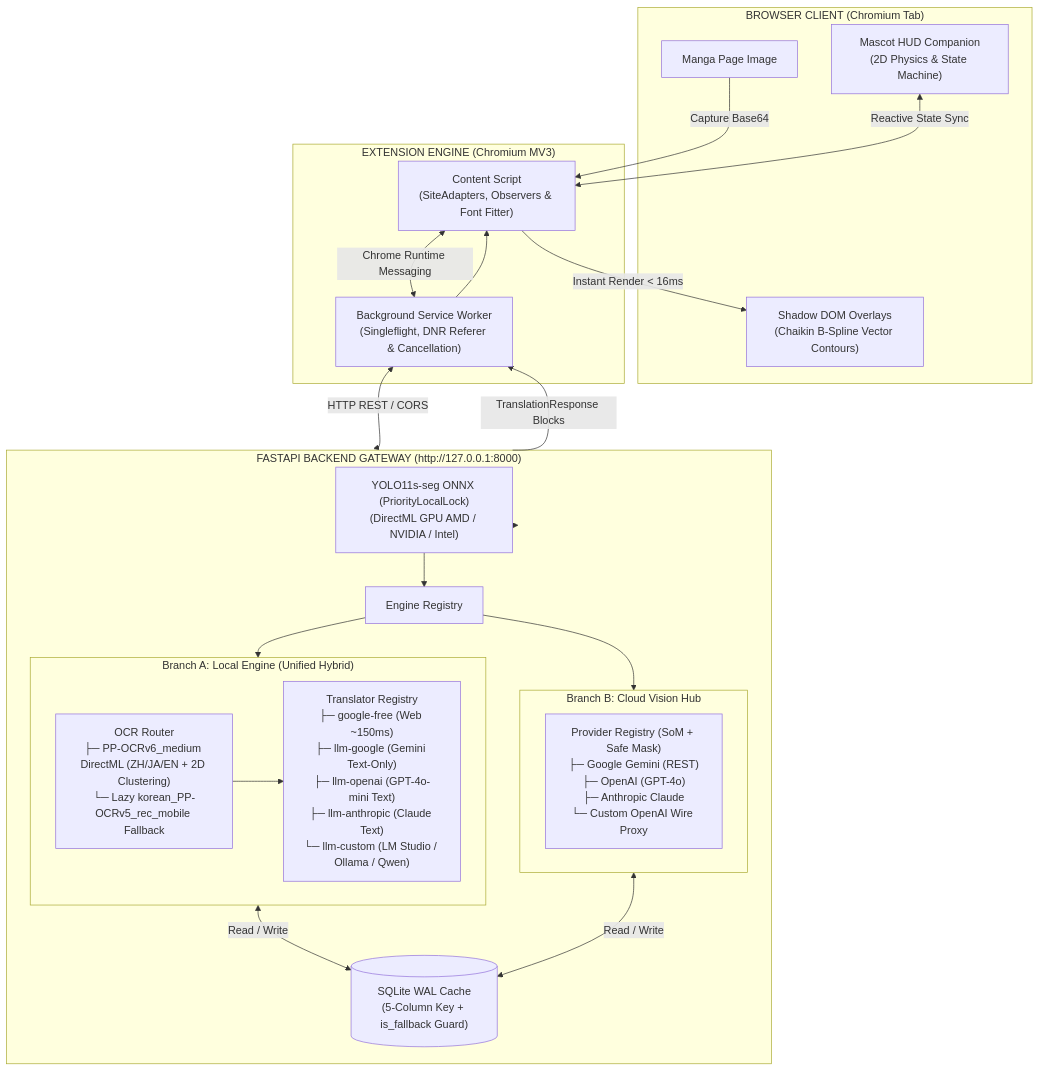
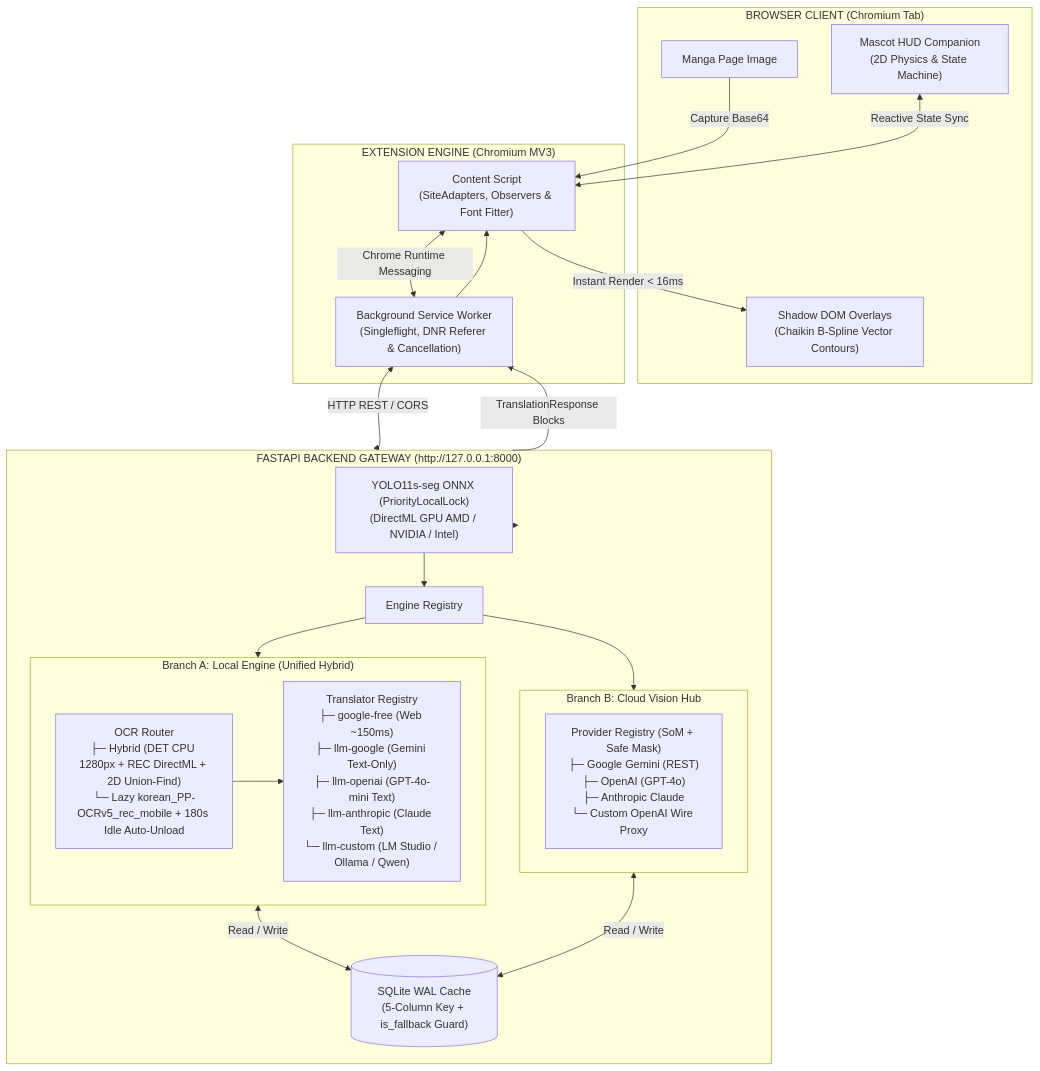
Before and after one commit to thailong2103/ink-shift: the diagram in README.md, drawn with Mermaid. The commit also changed other lines of this file and 4 other files, not shown here.

````diff
--- a/README.md
+++ b/README.md
@@ -77,44 +77,44 @@
 ```mermaid
 flowchart TD
     subgraph Browser["BROWSER CLIENT (Chromium Tab)"]
         Page["Manga Page Image"]
         Overlay["Shadow DOM Overlays<br/>(Chaikin B-Spline Vector Contours)"]
         Mascot["Mascot HUD Companion<br/>(2D Physics & State Machine)"]
     end
 
     subgraph Extension["EXTENSION ENGINE (Chromium MV3)"]
         CS["Content Script<br/>(SiteAdapters, Observers & Font Fitter)"]
         SW["Background Service Worker<br/>(Singleflight, DNR Referer & Cancellation)"]
     end
 
     subgraph Gateway["FASTAPI BACKEND GATEWAY (http://127.0.0.1:8000)"]
         Detector["YOLO11s-seg ONNX (PriorityLocalLock)<br/>(DirectML GPU AMD / NVIDIA / Intel)"]
         Registry["Engine Registry"]
         
         subgraph BranchA["Branch A: Local Engine (Unified Hybrid)"]
-            OCR["OCR Router<br/>├─ PP-OCRv6_medium DirectML (ZH/JA/EN + 2D Clustering)<br/>└─ Lazy korean_PP-OCRv5_rec_mobile Fallback"]
+            OCR["OCR Router<br/>├─ Hybrid (DET CPU 1280px + REC DirectML + 2D Union-Find)<br/>└─ Lazy korean_PP-OCRv5_rec_mobile + 180s Idle Auto-Unload"]
             Translator["Translator Registry<br/>├─ google-free (Web ~150ms)<br/>├─ llm-google (Gemini Text-Only)<br/>├─ llm-openai (GPT-4o-mini Text)<br/>├─ llm-anthropic (Claude Text)<br/>└─ llm-custom (LM Studio / Ollama / Qwen)"]
             OCR --> Translator
         end
 
         subgraph BranchB["Branch B: Cloud Vision Hub"]
             ProviderReg["Provider Registry (SoM + Safe Mask)<br/>├─ Google Gemini (REST)<br/>├─ OpenAI (GPT-4o)<br/>├─ Anthropic Claude<br/>└─ Custom OpenAI Wire Proxy"]
         end
 
         Cache[("SQLite WAL Cache<br/>(5-Column Key + is_fallback Guard)")]
     end
 
     Page -->|Capture Base64| CS
     CS <-->|Chrome Runtime Messaging| SW
     SW <-->|HTTP REST / CORS| Gateway
     Gateway --> Detector
     Detector --> Registry
     Registry --> BranchA
     Registry --> BranchB
     BranchA <-->|Read / Write| Cache
     BranchB <-->|Read / Write| Cache
     Gateway -->|TranslationResponse Blocks| SW
     SW --> CS
     CS -->|Instant Render < 16ms| Overlay
     Mascot <-->|Reactive State Sync| CS
 ```
````
